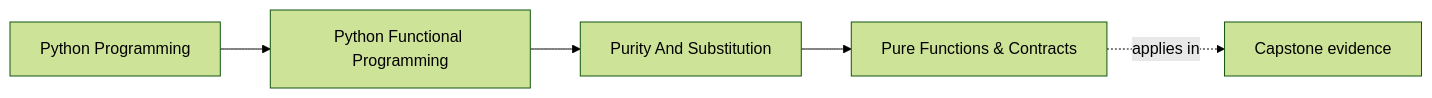
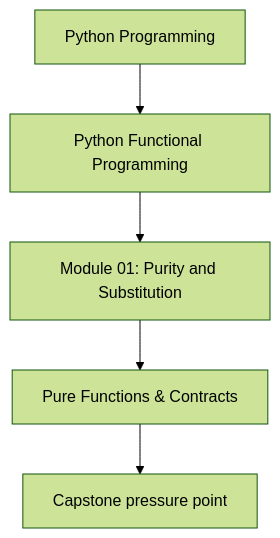
Before and after one commit to bijux/bijux-masterclass: the first of 2 diagrams in programs/python-programming/python-functional-programming/course-book/module-01-purity-and-substitution/pure-functions-and-contracts.md, drawn with Mermaid (forest theme). The commit also changed other lines of this file and 118 other files, not shown here.

Commit message:
docs(python-functional-programming): align concept page diagrams

````diff
--- a/programs/python-programming/python-functional-programming/course-book/module-01-purity-and-substitution/pure-functions-and-contracts.md
+++ b/programs/python-programming/python-functional-programming/course-book/module-01-purity-and-substitution/pure-functions-and-contracts.md
@@ -7,11 +7,7 @@
 ```mermaid
-graph LR
-  family["Python Programming"]
-  program["Python Functional Programming"]
-  section["Purity And Substitution"]
-  page["Pure Functions & Contracts"]
-  capstone["Capstone evidence"]
-
-  family --> program --> section --> page
-  page -.applies in.-> capstone
+flowchart TD
+  family["Python Programming"] --> program["Python Functional Programming"]
+  program --> module["Module 01: Purity and Substitution"]
+  module --> concept["Pure Functions & Contracts"]
+  concept --> capstone["Capstone pressure point"]
 ```
````
